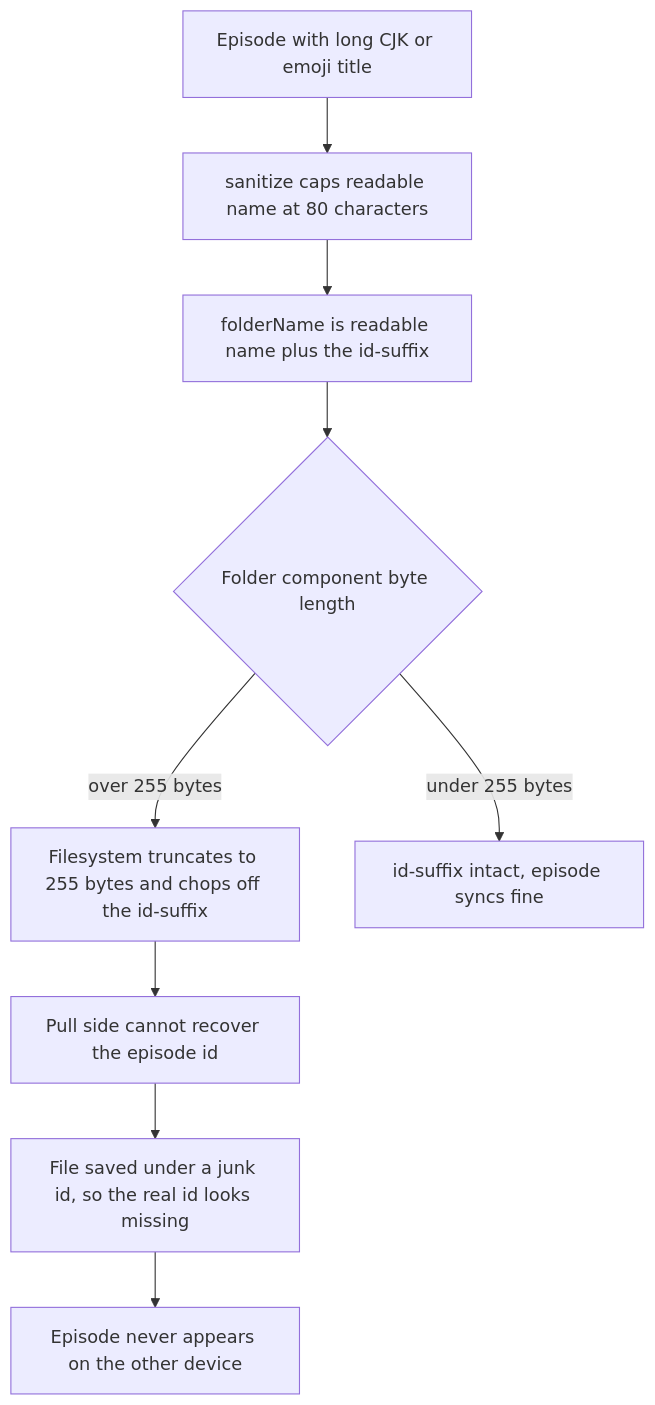
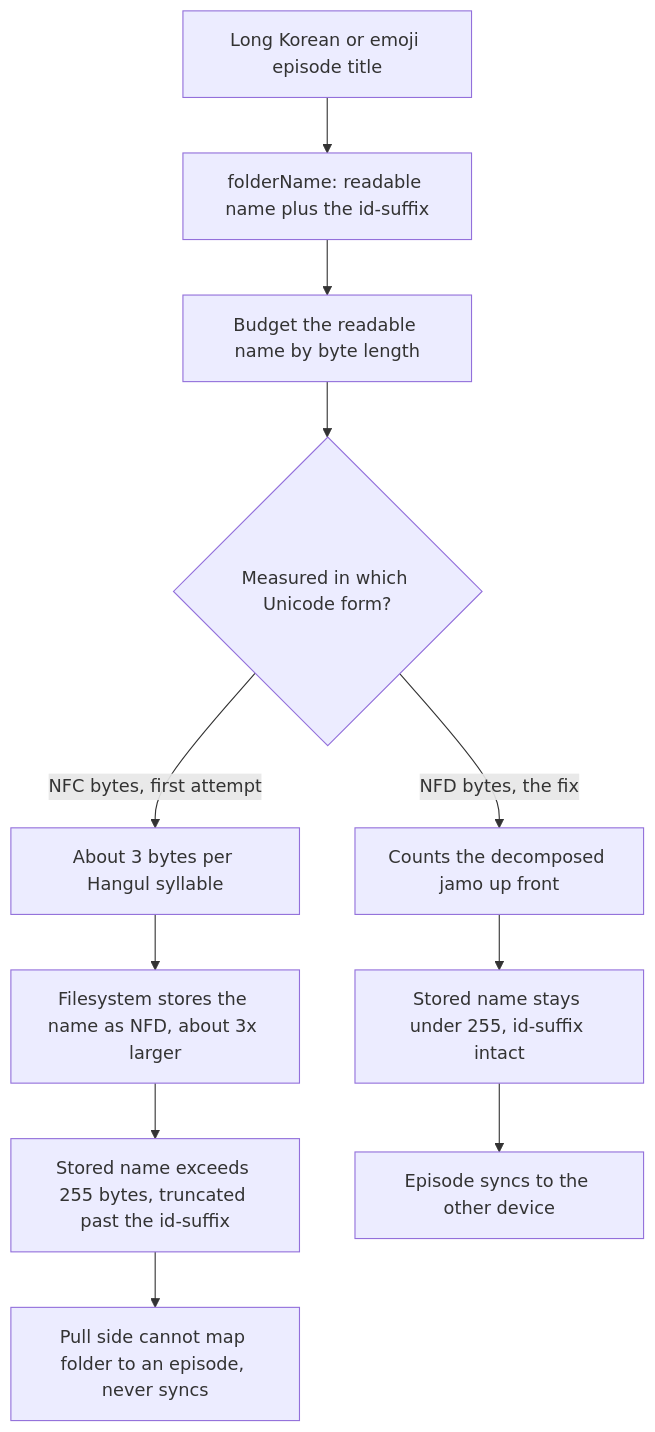
One commit to plateaukao/ADR changed the diagram in nerlan-icloud-truncated-folder-sync.md. Above: the diagram before and after it, drawn with Mermaid. The commit also changed other lines of this file, not shown here.

Commit message:
add nerlan-icloud-truncated-folder-sync

````diff
--- a/nerlan-icloud-truncated-folder-sync.md
+++ b/nerlan-icloud-truncated-folder-sync.md
@@ -23,11 +33,13 @@
 ```mermaid
 flowchart TD
-    A[Episode with long CJK or emoji title] --> B[sanitize caps readable name at 80 characters]
-    B --> C[folderName is readable name plus the id-suffix]
-    C --> D{Folder component byte length}
-    D -->|over 255 bytes| E[Filesystem truncates to 255 bytes and chops off the id-suffix]
-    E --> F[Pull side cannot recover the episode id]
-    F --> G[File saved under a junk id, so the real id looks missing]
-    G --> H[Episode never appears on the other device]
-    D -->|under 255 bytes| I[id-suffix intact, episode syncs fine]
+    A[Long Korean or emoji episode title] --> B[folderName: readable name plus the id-suffix]
+    B --> C[Budget the readable name by byte length]
+    C --> D{Measured in which Unicode form?}
+    D -->|NFC bytes, first attempt| E[About 3 bytes per Hangul syllable]
+    E --> F[Filesystem stores the name as NFD, about 3x larger]
+    F --> G[Stored name exceeds 255 bytes, truncated past the id-suffix]
+    G --> H[Pull side cannot map folder to an episode, never syncs]
+    D -->|NFD bytes, the fix| I[Counts the decomposed jamo up front]
+    I --> J[Stored name stays under 255, id-suffix intact]
+    J --> K[Episode syncs to the other device]
 ```
````
